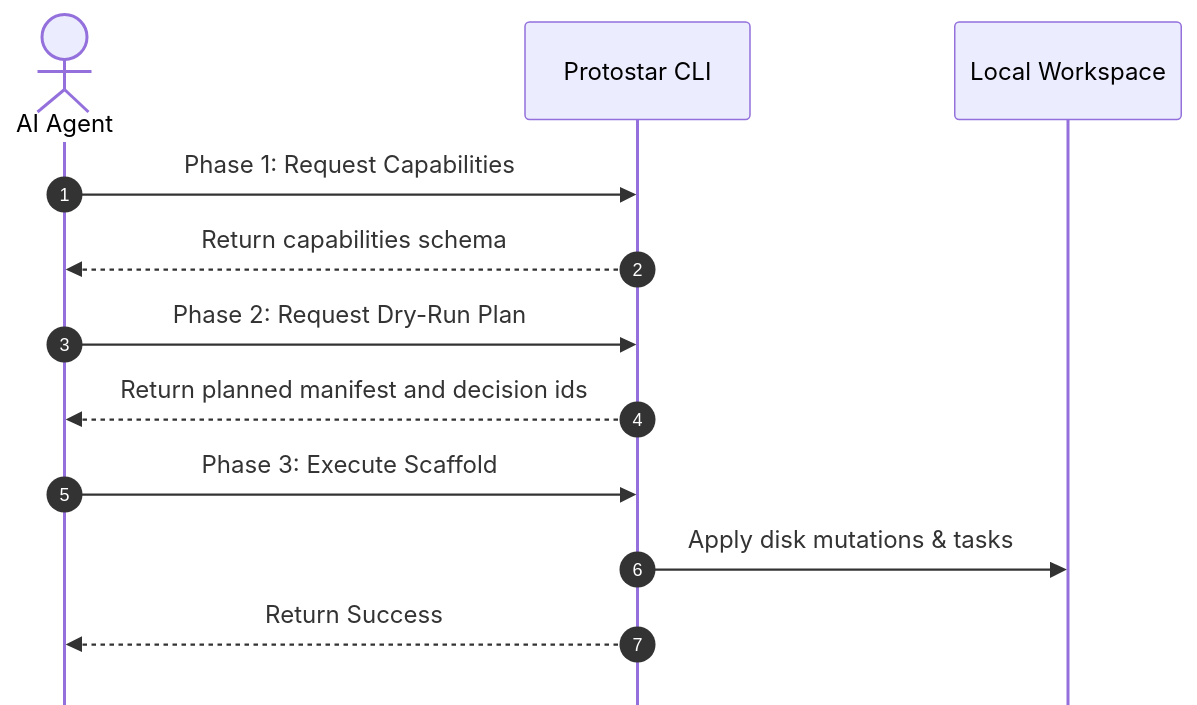
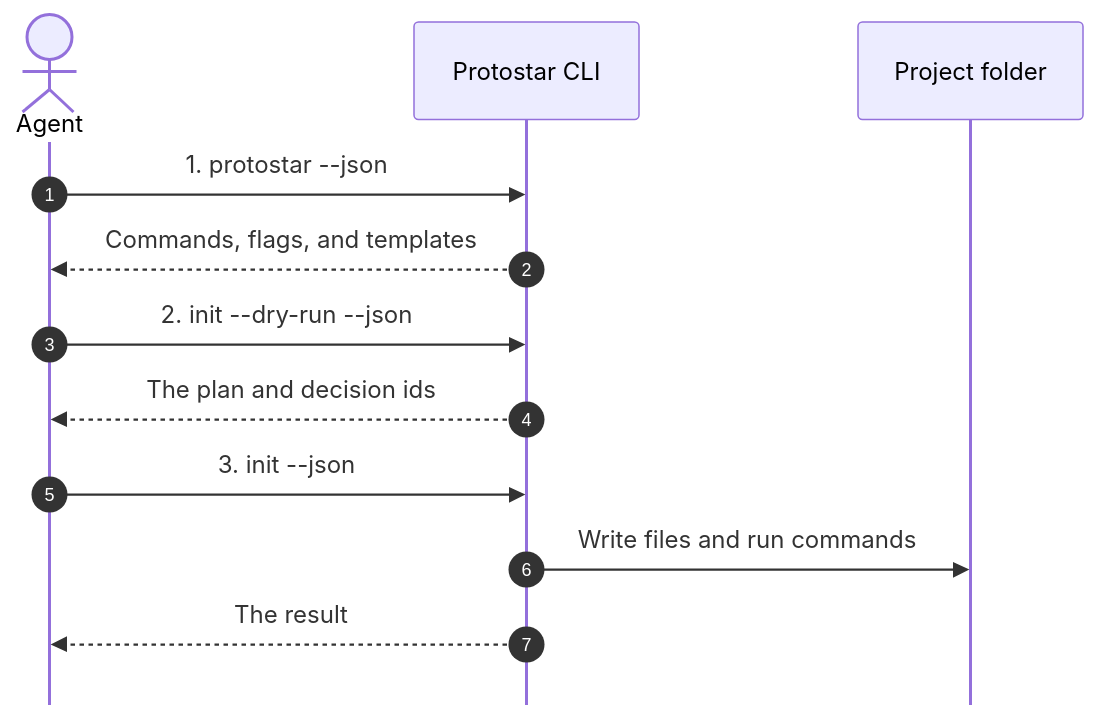
One commit to JacksonFergusonDev/protostar changed the diagram in docs/usage/agent-interface.md. Above: the diagram before and after it, drawn with Mermaid. The commit also changed other lines of this file and 11 other files, not shown here.

````diff
--- a/docs/usage/agent-interface.md
+++ b/docs/usage/agent-interface.md
@@ -69,18 +74,18 @@
 ```mermaid
 %%{init: {'sequence': {'mirrorActors': false, 'diagramMarginY': 30, 'bottomMarginAdj': 50}}}%%
 sequenceDiagram
     autonumber
-    actor Agent as AI Agent
+    actor Agent as Agent
     participant CLI as Protostar CLI
-    participant Disk as Local Workspace
+    participant Disk as Project folder
 
-    Agent->>CLI: Phase 1: Request Capabilities
-    CLI-->>Agent: Return capabilities schema
+    Agent->>CLI: 1. protostar --json
+    CLI-->>Agent: Commands, flags, and templates
 
-    Agent->>CLI: Phase 2: Request Dry-Run Plan
-    CLI-->>Agent: Return planned manifest and decision ids
+    Agent->>CLI: 2. init --dry-run --json
+    CLI-->>Agent: The plan and decision ids
 
-    Agent->>CLI: Phase 3: Execute Scaffold
-    CLI->>Disk: Apply disk mutations & tasks
-    CLI-->>Agent: Return Success
+    Agent->>CLI: 3. init --json
+    CLI->>Disk: Write files and run commands
+    CLI-->>Agent: The result
 ```
````
